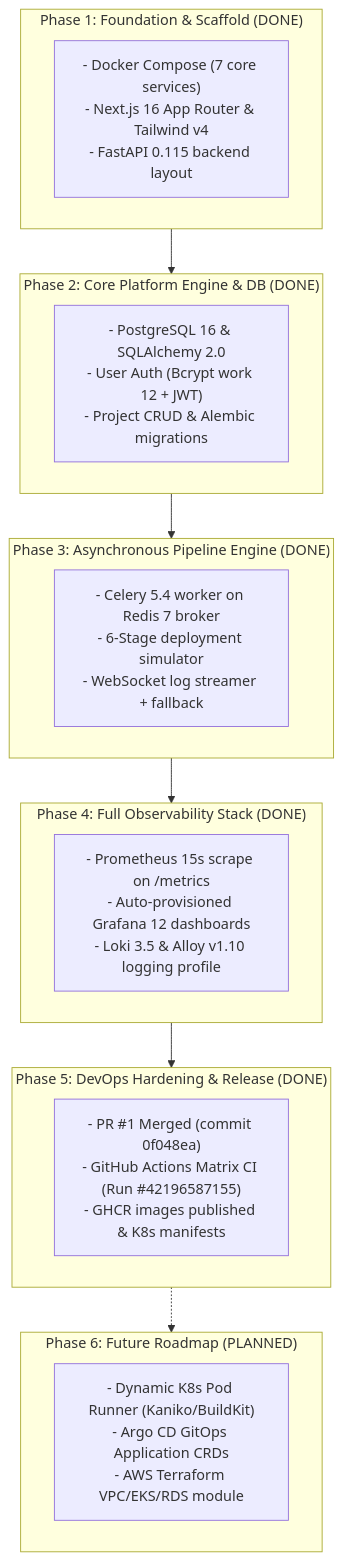
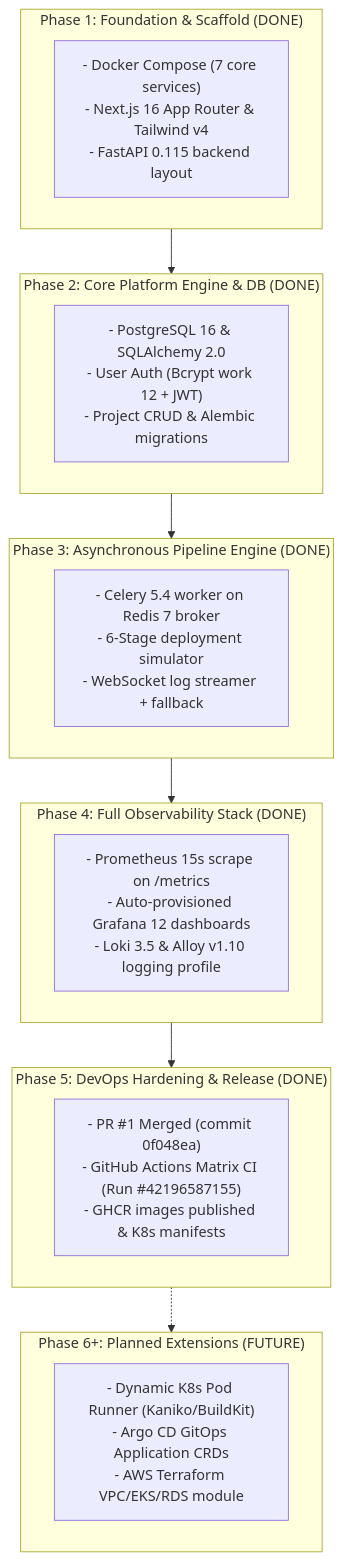
The diagram in docs/TASK.md (satviashwin369-creator/StackForge), drawn with Mermaid before and after one commit. The commit also changed other lines of this file and 6 other files, not shown here.

Commit message:
fix(security): sanitize exposed passwords, credentials, and remove roadmap section

````diff
--- a/docs/TASK.md
+++ b/docs/TASK.md
@@ -15,32 +15,32 @@
 ```mermaid
 flowchart TD
     subgraph P1 ["Phase 1: Foundation & Scaffold (DONE)"]
         D1["- Docker Compose (7 core services)<br/>- Next.js 16 App Router & Tailwind v4<br/>- FastAPI 0.115 backend layout"]
     end
 
     subgraph P2 ["Phase 2: Core Platform Engine & DB (DONE)"]
         D2["- PostgreSQL 16 & SQLAlchemy 2.0<br/>- User Auth (Bcrypt work 12 + JWT)<br/>- Project CRUD & Alembic migrations"]
     end
 
     subgraph P3 ["Phase 3: Asynchronous Pipeline Engine (DONE)"]
         D3["- Celery 5.4 worker on Redis 7 broker<br/>- 6-Stage deployment simulator<br/>- WebSocket log streamer + fallback"]
     end
 
     subgraph P4 ["Phase 4: Full Observability Stack (DONE)"]
         D4["- Prometheus 15s scrape on /metrics<br/>- Auto-provisioned Grafana 12 dashboards<br/>- Loki 3.5 & Alloy v1.10 logging profile"]
     end
 
     subgraph P5 ["Phase 5: DevOps Hardening & Release (DONE)"]
         D5["- PR #1 Merged (commit 0f048ea)<br/>- GitHub Actions Matrix CI (Run #42196587155)<br/>- GHCR images published & K8s manifests"]
     end
 
-    subgraph P6 ["Phase 6: Future Roadmap (PLANNED)"]
+    subgraph P6 ["Phase 6+: Planned Extensions (FUTURE)"]
         D6["- Dynamic K8s Pod Runner (Kaniko/BuildKit)<br/>- Argo CD GitOps Application CRDs<br/>- AWS Terraform VPC/EKS/RDS module"]
     end
 
     P1 --> P2
     P2 --> P3
     P3 --> P4
     P4 --> P5
     P5 -.-> P6
 ```
````
